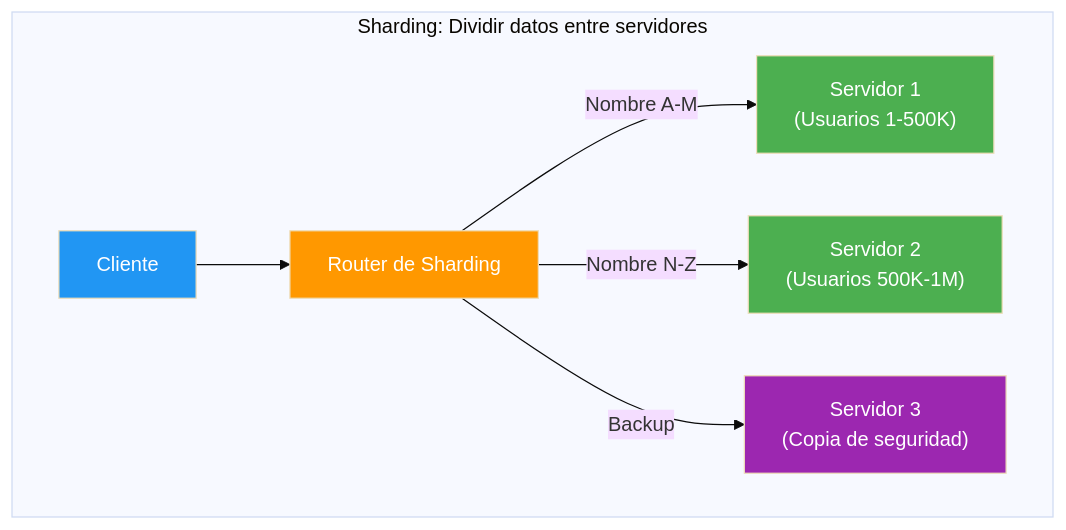
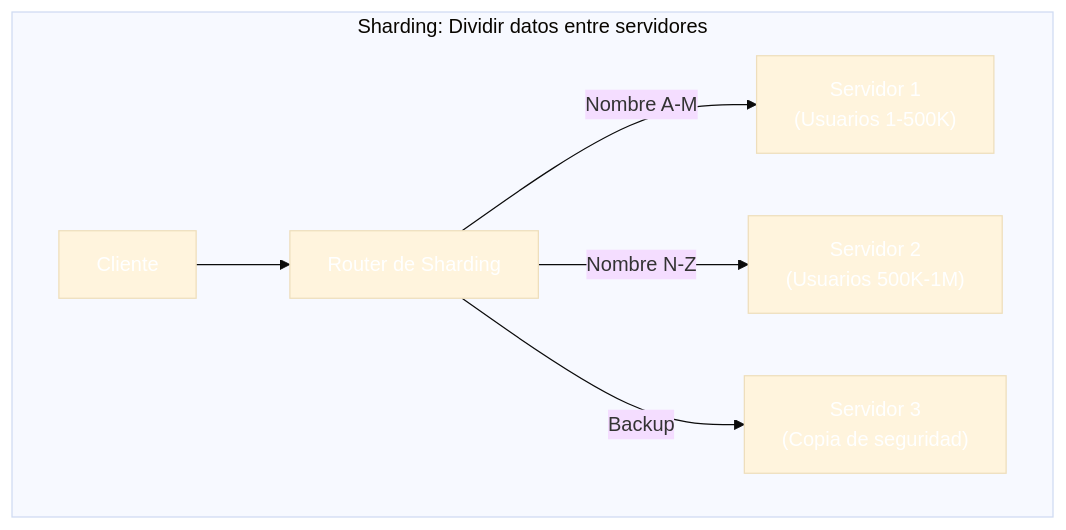
The sixth of 14 diagrams in 21-sql-nosql.md (joseluisgs/DesarrolloWebEntornosServidor-01-2026-2027), drawn with Mermaid (base theme) before and after one commit. The commit also changed other lines of this file and 66 other files, not shown here.

First line of the commit message:
fix: normalizar titulos al castellano de frase y corregir la paleta de mermaid

````diff
--- a/21-sql-nosql.md
+++ b/21-sql-nosql.md
@@ -1208,15 +1208,15 @@
 ```mermaid
 graph TB
     subgraph SHARDING["Sharding: Dividir datos entre servidores"]
         C["Cliente"] --> R["Router de Sharding"]
         R -->|"Nombre A-M"| S1["Servidor 1<br/>(Usuarios 1-500K)"]
         R -->|"Nombre N-Z"| S2["Servidor 2<br/>(Usuarios 500K-1M)"]
         R -->|"Backup"| S3["Servidor 3<br/>(Copia de seguridad)"]
     end
 
-    style C fill:#2196F3,color:#fff
-    style R fill:#FF9800,color:#fff
-    style S1 fill:#4CAF50,color:#fff
-    style S2 fill:#4CAF50,color:#fff
-    style S3 fill:#9C27B0,color:#fff
+    style C fill:#2196F,color:#fff3,color:#fff
+    style R fill:#FF980,color:#fff0,color:#fff
+    style S1 fill:#4CAF5,color:#fff0,color:#fff
+    style S2 fill:#4CAF5,color:#fff0,color:#fff
+    style S3 fill:#9C27B,color:#fff0,color:#fff
 ```
````
